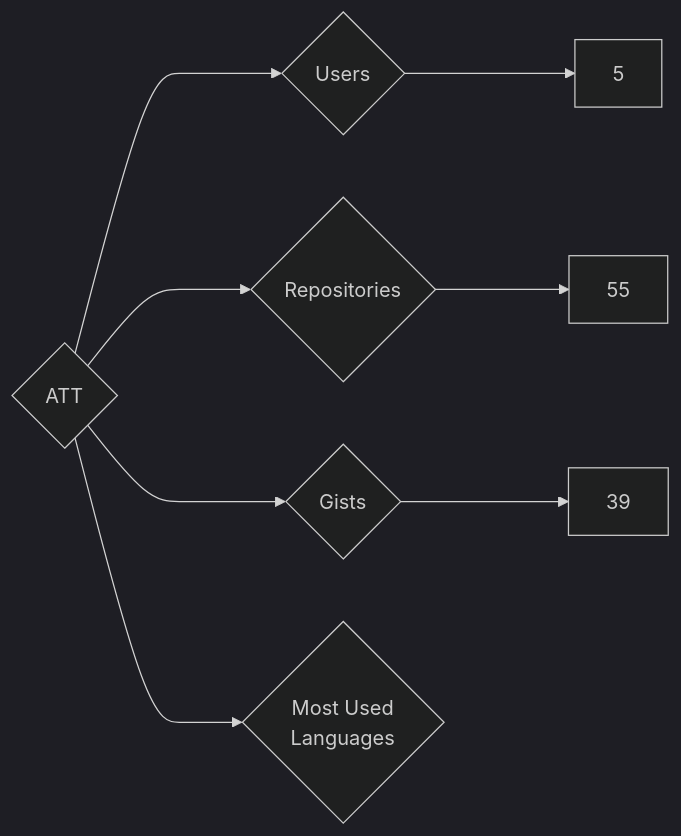
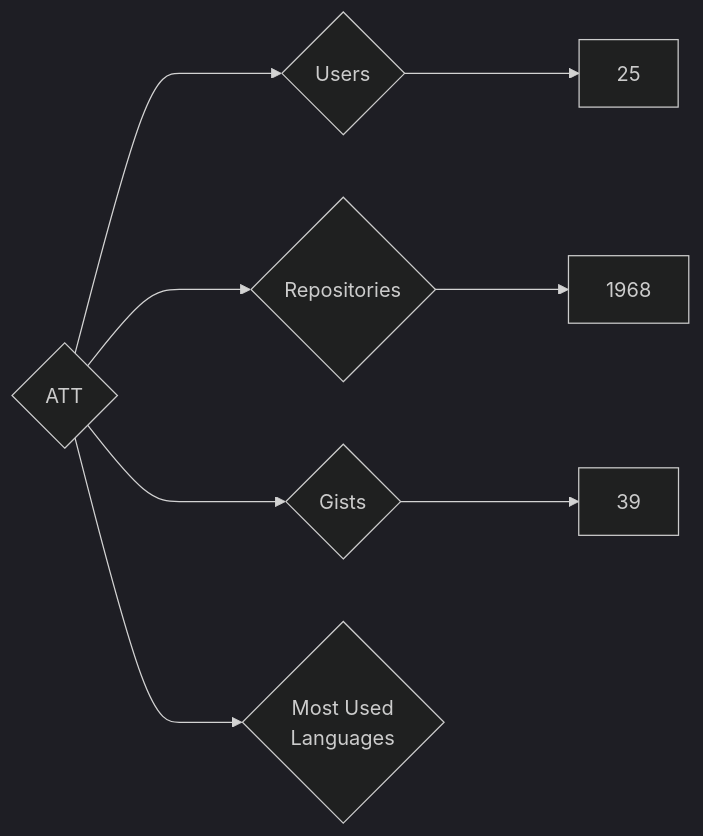
The diagram in targets/ATT/README.md (nenadzaric/insiders), drawn with Mermaid (dark theme) before and after one commit. The commit also changed 2877 other files, not shown here.

````diff
--- a/targets/ATT/README.md
+++ b/targets/ATT/README.md
@@ -3,8 +3,8 @@
 ```mermaid
 graph LR
 COMPANY_NAME{ATT}
-COMPANY_NAME ---> U{Users} ---> UN[5]
-COMPANY_NAME ---> R{Repositories} ---> RN[55]
+COMPANY_NAME ---> U{Users} ---> UN[25]
+COMPANY_NAME ---> R{Repositories} ---> RN[1968]
 COMPANY_NAME ---> G{Gists} ---> GN[39]
 COMPANY_NAME ---> ML{Most Used<br>Languages}
 ```
````
